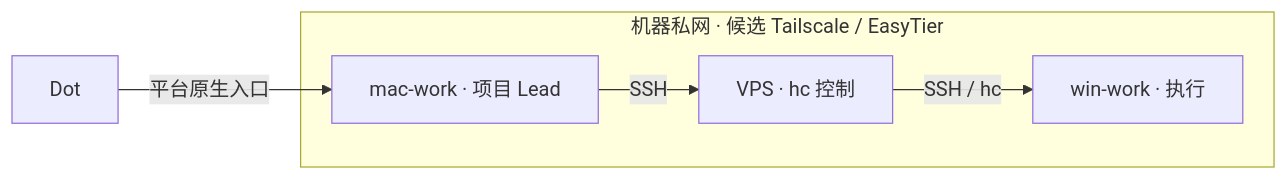
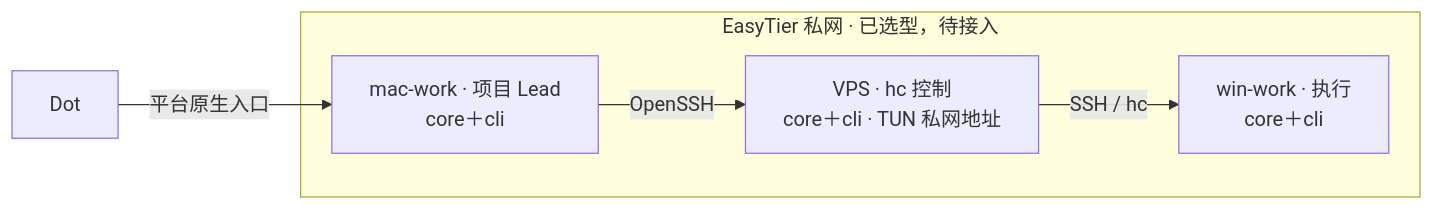
One commit to CF-FE/herdr-4-codexcloud changed the diagram in docs/networking-plan.md. Above: the diagram before and after it, drawn with Mermaid. The commit also changed other lines of this file and 5 other files, not shown here.

Commit message:
Document EasyTier selection and three-machine deployment

````diff
--- a/docs/networking-plan.md
+++ b/docs/networking-plan.md
@@ -25,8 +24,8 @@
 ```mermaid
 flowchart LR
     D["Dot"] -->|"平台原生入口"| M
-    subgraph N["机器私网 · 候选 Tailscale / EasyTier"]
-        M["mac-work · 项目 Lead"] -->|"SSH"| V["VPS · hc 控制"]
-        V -->|"SSH / hc"| W["win-work · 执行"]
+    subgraph N["EasyTier 私网 · 已选型，待接入"]
+        M["mac-work · 项目 Lead<br/>core＋cli"] -->|"OpenSSH"| V["VPS · hc 控制<br/>core＋cli · TUN 私网地址"]
+        V -->|"SSH / hc"| W["win-work · 执行<br/>core＋cli"]
     end
 ```
````
